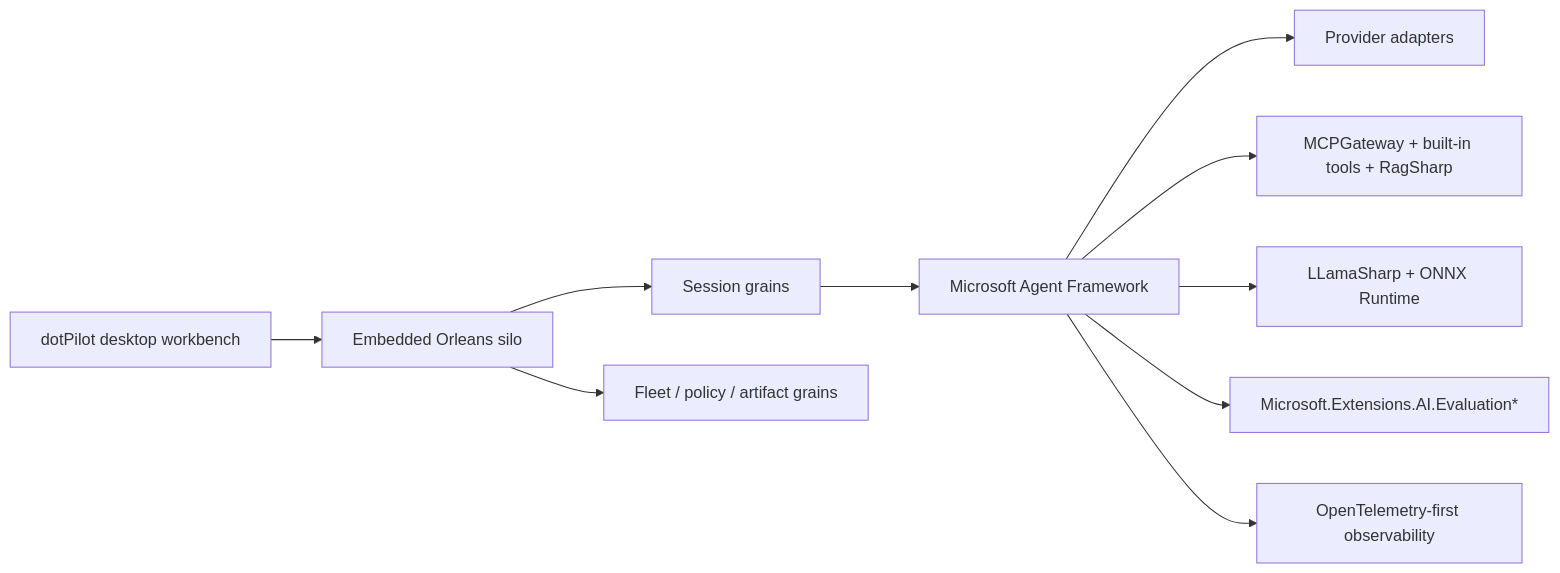
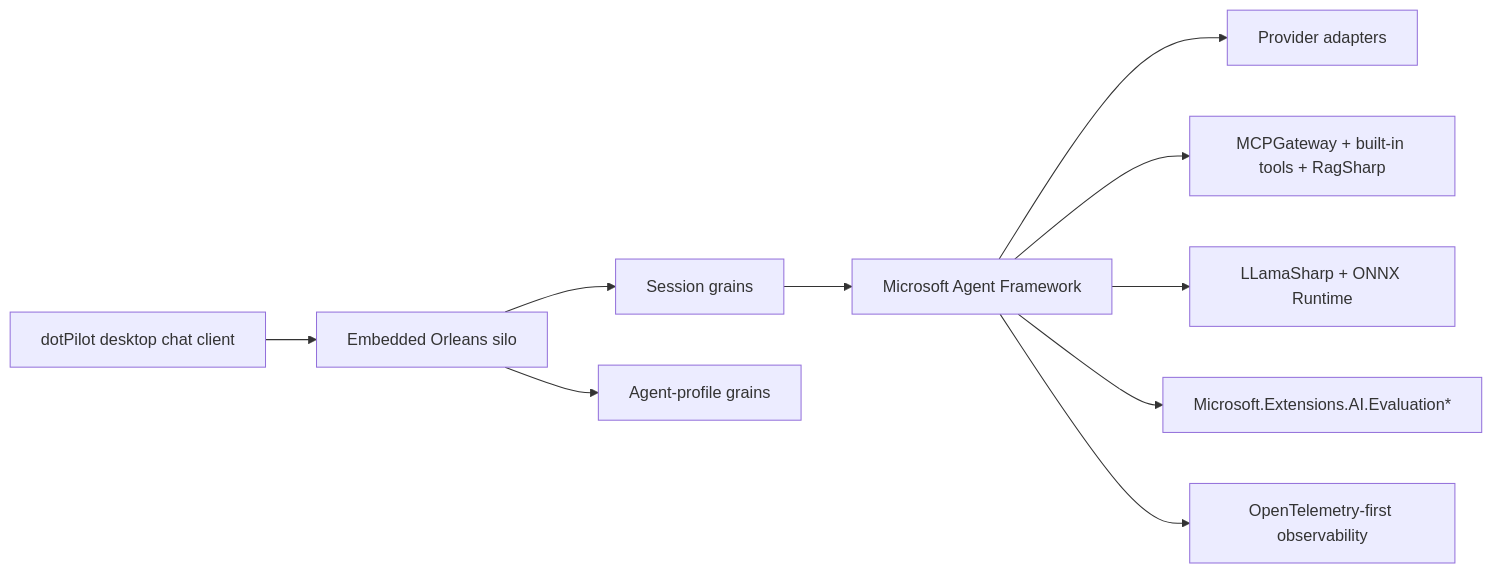
Before and after one commit to managedcode/dotPilot: the diagram in docs/ADR/ADR-0001-agent-control-plane-architecture.md, drawn with Mermaid. The commit also changed other lines of this file and 150 other files, not shown here.

````diff
--- a/docs/ADR/ADR-0001-agent-control-plane-architecture.md
+++ b/docs/ADR/ADR-0001-agent-control-plane-architecture.md
@@ -43,23 +43,23 @@
 ```mermaid
 flowchart LR
-  Workbench["dotPilot desktop workbench"]
+  Client["dotPilot desktop chat client"]
   Silo["Embedded Orleans silo"]
   Session["Session grains"]
-  Fleet["Fleet / policy / artifact grains"]
+  AgentProfiles["Agent-profile grains"]
   MAF["Microsoft Agent Framework"]
   Providers["Provider adapters"]
   Tools["MCPGateway + built-in tools + RagSharp"]
   Local["LLamaSharp + ONNX Runtime"]
   Eval["Microsoft.Extensions.AI.Evaluation*"]
   OTel["OpenTelemetry-first observability"]
 
-  Workbench --> Silo
+  Client --> Silo
   Silo --> Session
-  Silo --> Fleet
+  Silo --> AgentProfiles
   Session --> MAF
   MAF --> Providers
   MAF --> Tools
   MAF --> Local
   MAF --> Eval
   MAF --> OTel
 ```
````
